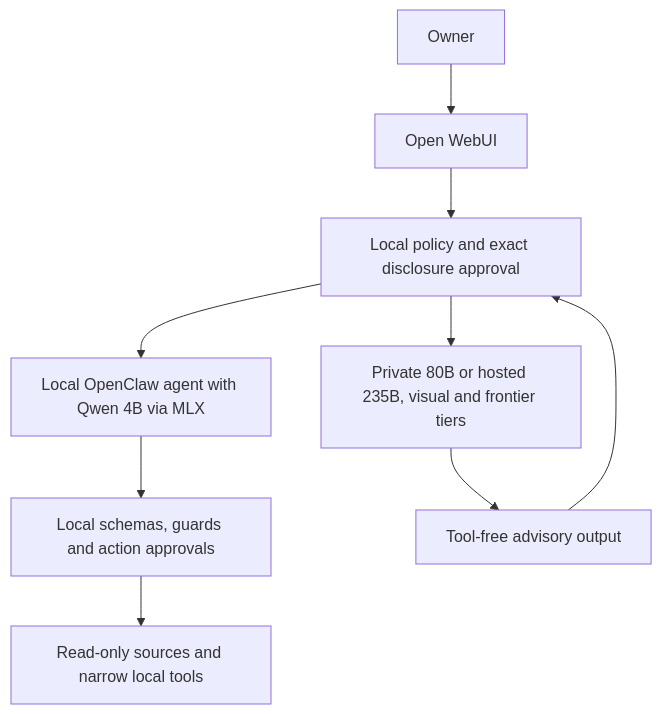
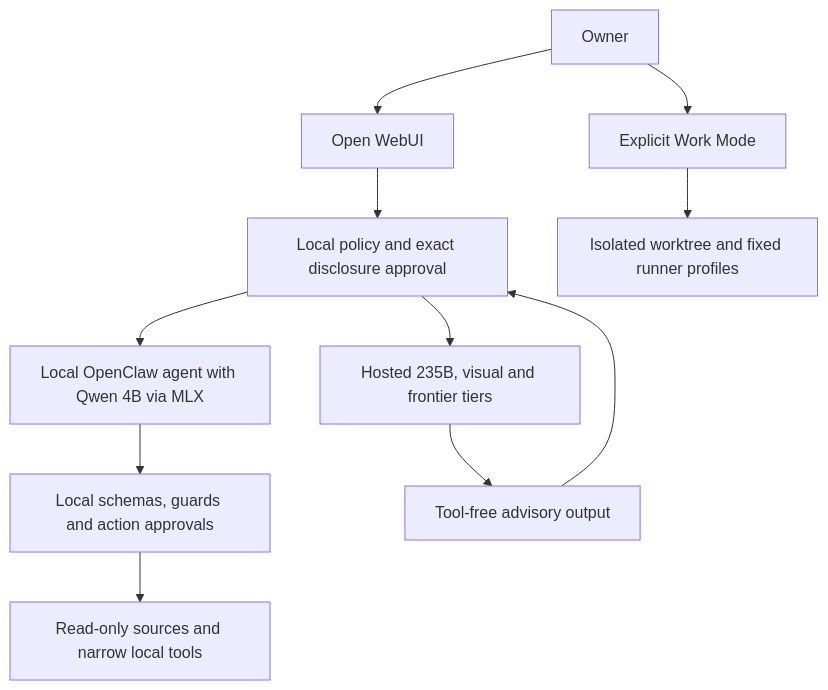
The diagram in README.md (vnsparacio/sanctum), drawn with Mermaid before and after one commit. The commit also changed other lines of this file and 18 other files, not shown here.

````diff
--- a/README.md
+++ b/README.md
@@ -49,11 +63,13 @@
 ```mermaid
 flowchart TD
   Owner --> WebUI[Open WebUI]
   WebUI --> Gate[Local policy and exact disclosure approval]
   Gate --> Agent[Local OpenClaw agent with Qwen 4B via MLX]
   Agent --> Guards[Local schemas, guards and action approvals]
   Guards --> Tools[Read-only sources and narrow local tools]
-  Gate --> Reasoners[Private 80B or hosted 235B, visual and frontier tiers]
+  Gate --> Reasoners[Hosted 235B, visual and frontier tiers]
   Reasoners --> Advice[Tool-free advisory output]
   Advice --> Gate
+  Owner --> Work[Explicit Work Mode]
+  Work --> Isolated[Isolated worktree and fixed runner profiles]
 ```
````
